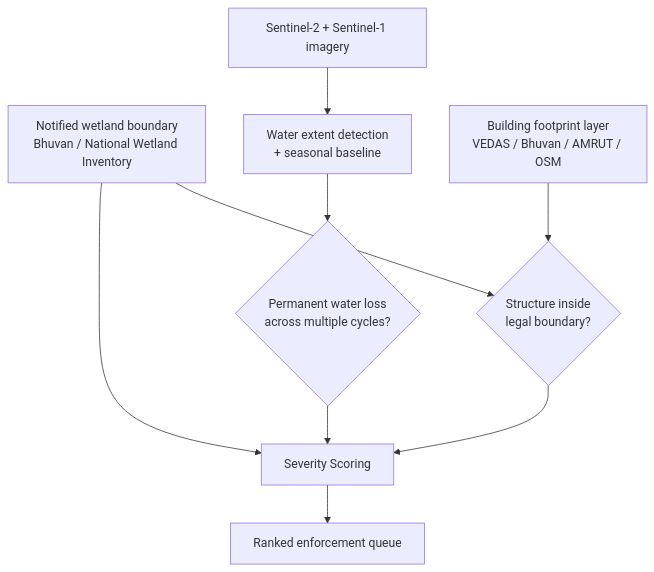
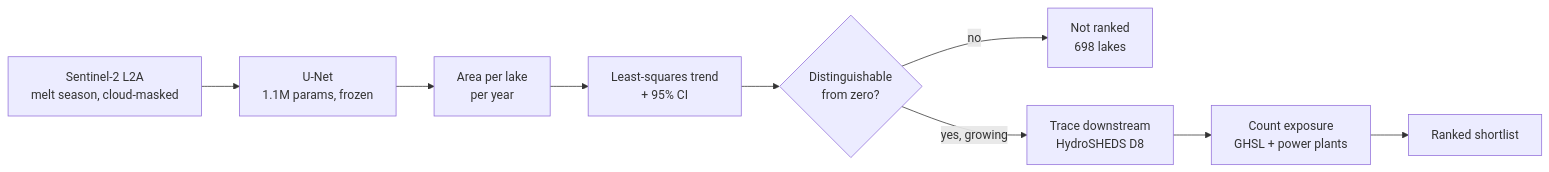
Before and after one commit to stimpy3/NeerRikshan: the diagram in README.md, drawn with Mermaid. The commit also changed other lines of this file and 60 other files, not shown here.

````diff
--- a/README.md
+++ b/README.md
@@ -54,11 +44,11 @@
 ```mermaid
-flowchart TD
-    A[Notified wetland boundary<br/>Bhuvan / National Wetland Inventory] --> D[Severity Scoring]
-    B[Sentinel-2 + Sentinel-1 imagery] --> C[Water extent detection<br/>+ seasonal baseline]
-    C --> E{Permanent water loss<br/>across multiple cycles?}
-    F[Building footprint layer<br/>VEDAS / Bhuvan / AMRUT / OSM] --> G{Structure inside<br/>legal boundary?}
-    A --> G
-    E --> D
-    G --> D
-    D --> H[Ranked enforcement queue]
+flowchart LR
+  A["Sentinel-2 L2A<br/>melt season, cloud-masked"] --> B["U-Net<br/>1.1M params, frozen"]
+  B --> C["Area per lake<br/>per year"]
+  C --> D["Least-squares trend<br/>+ 95% CI"]
+  D --> E{"Distinguishable<br/>from zero?"}
+  E -->|no| F["Not ranked<br/>698 lakes"]
+  E -->|yes, growing| G["Trace downstream<br/>HydroSHEDS D8"]
+  G --> H["Count exposure<br/>GHSL + power plants"]
+  H --> I["Ranked shortlist"]
 ```
````
